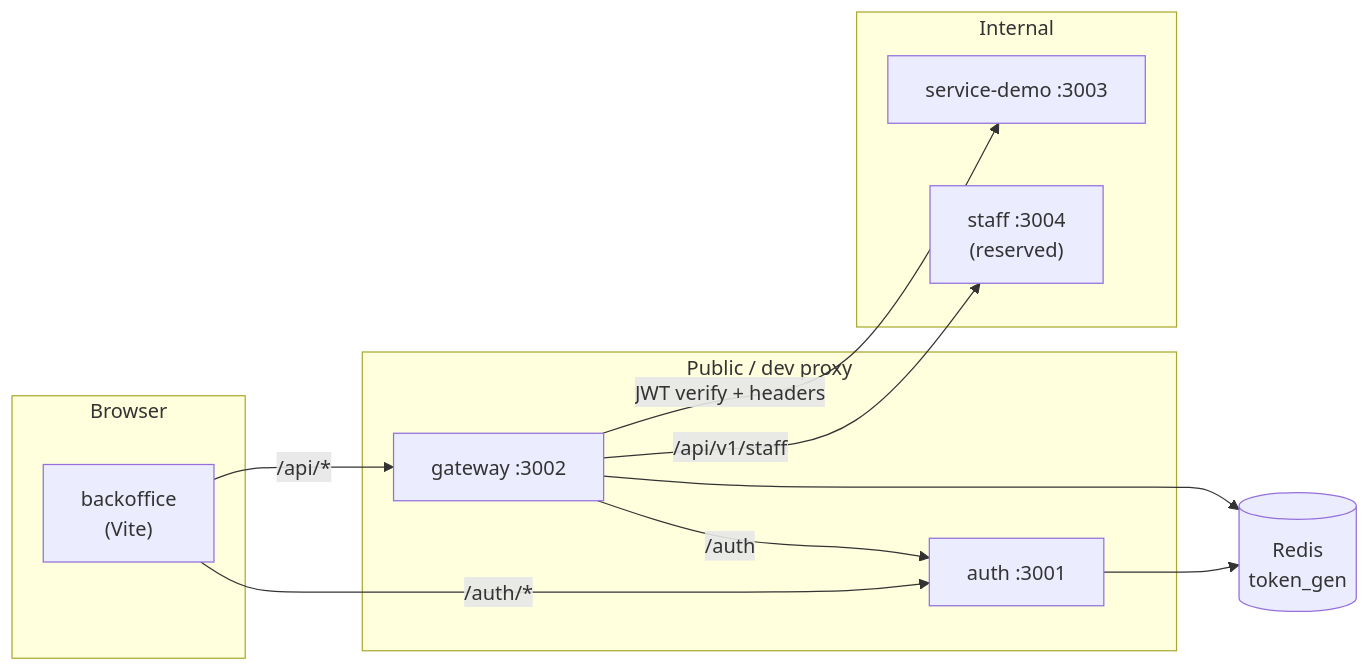
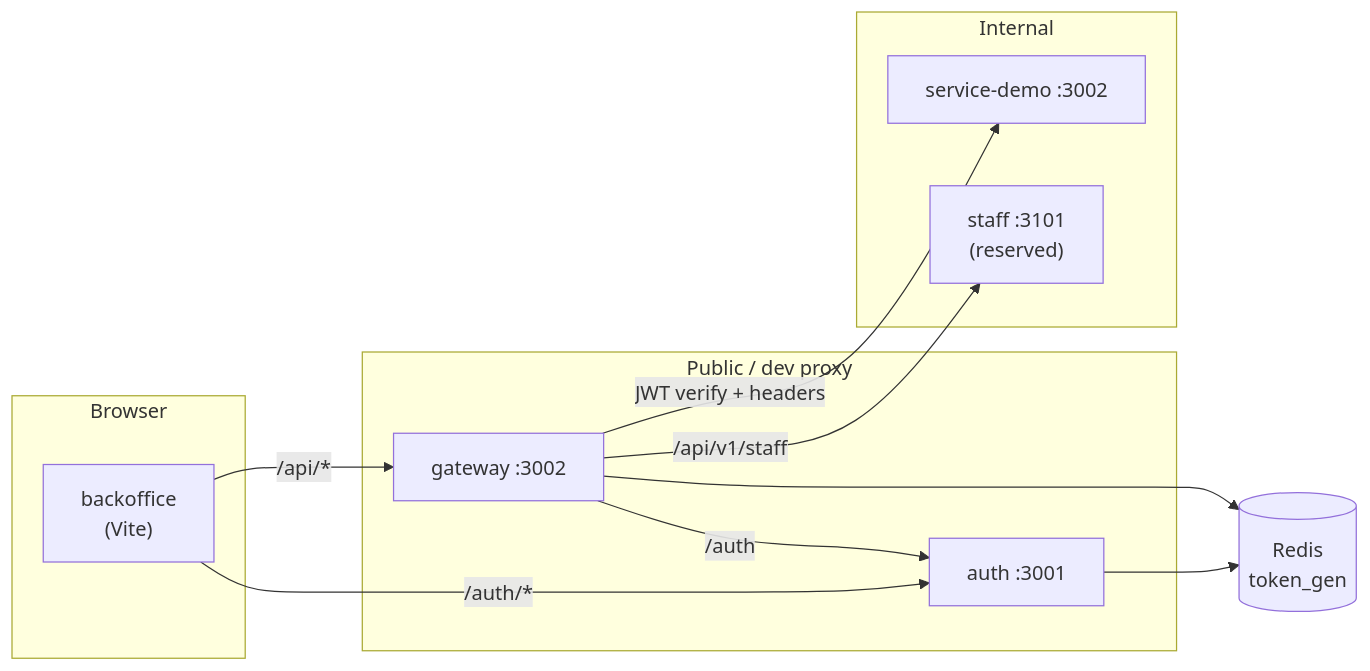
The diagram in README.md (santanapol/ai-agent-template), drawn with Mermaid before and after one commit. The commit also changed other lines of this file and 109 other files, not shown here.

First line of the commit message:
refactor(architecture): port schema migration and deployment separation

````diff
--- a/README.md
+++ b/README.md
@@ -27,24 +27,24 @@
 ```mermaid
 flowchart LR
   subgraph client["Browser"]
     UI["backoffice\n(Vite)"]
   end
 
   subgraph edge["Public / dev proxy"]
     G["gateway :3002"]
     A["auth :3001"]
   end
 
   subgraph private["Internal"]
-    S["service-demo :3003"]
-    ST["staff :3004\n(reserved)"]
+    S["service-demo :3002"]
+    ST["staff :3101\n(reserved)"]
   end
 
   UI -->|"/auth/*"| A
   UI -->|"/api/*"| G
   G -->|JWT verify + headers| S
   G -->|"/api/v1/staff"| ST
   G -->|"/auth"| A
   A --> Redis[(Redis\ntoken_gen)]
   G --> Redis
 ```
````
